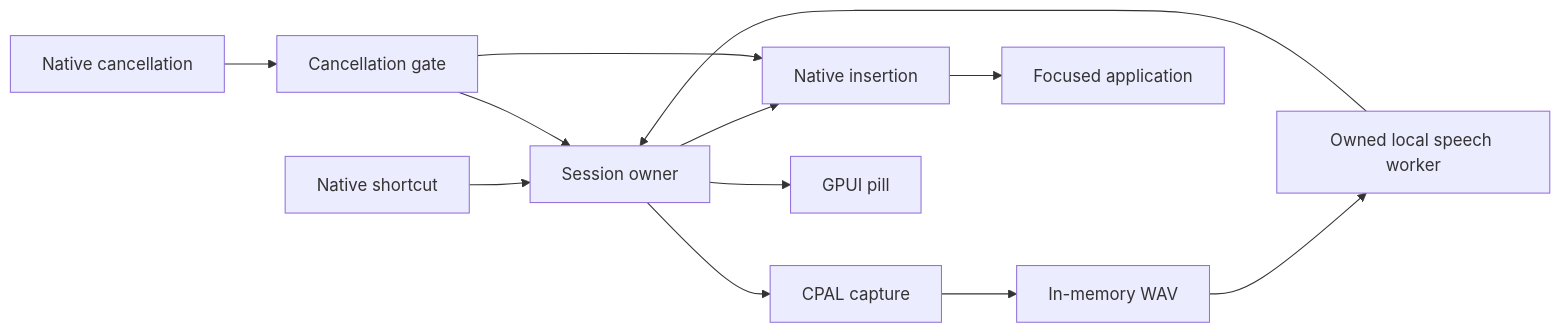
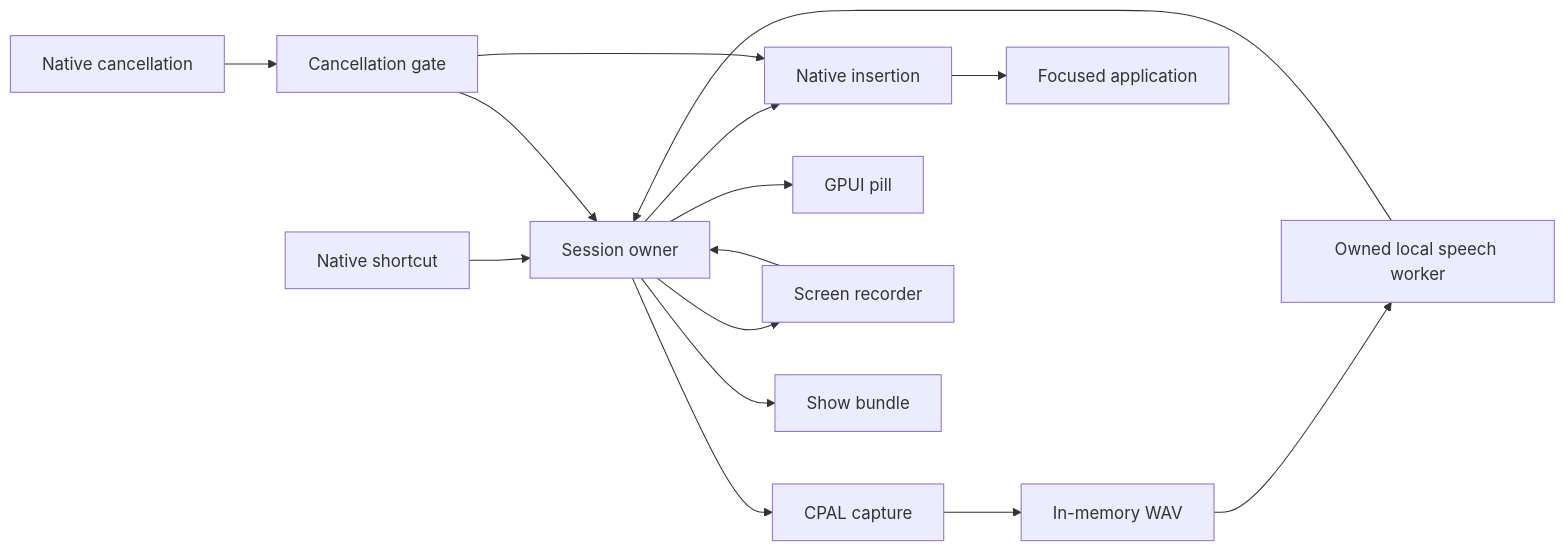
The first of 2 diagrams in docs/architecture.md (KrishRVH/speakeasy), drawn with Mermaid before and after one commit. The commit also changed other lines of this file and 5 other files, not shown here.

````diff
--- a/docs/architecture.md
+++ b/docs/architecture.md
@@ -9,14 +10,17 @@
 ```mermaid
 flowchart LR
     Shortcut[Native shortcut] --> Session[Session owner]
     Session --> Capture[CPAL capture]
     Capture --> Audio[In-memory WAV]
     Audio --> Worker[Owned local speech worker]
     Worker --> Session
     Session --> Insert[Native insertion]
     Insert --> Editor[Focused application]
     Session --> Pill[GPUI pill]
+    Session --> Screen[Screen recorder]
+    Screen --> Session
+    Session --> Bundle[Show bundle]
     Cancel[Native cancellation] --> Gate[Cancellation gate]
     Gate --> Session
     Gate --> Insert
 ```
````
